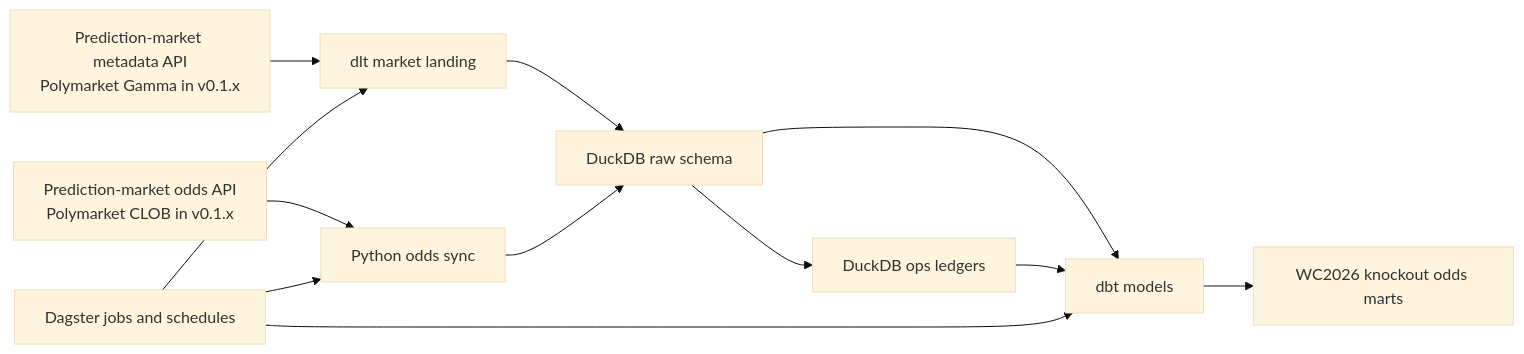
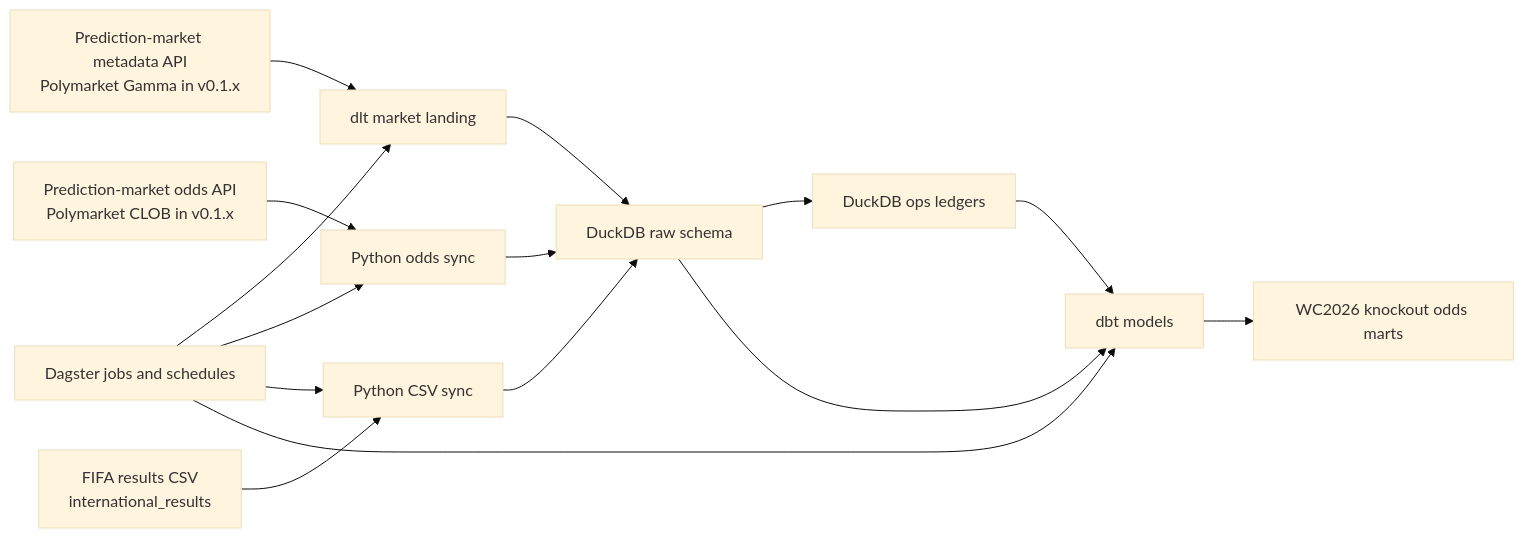
One commit to hypertrial/oddsfox-pipeline changed the first of 2 diagrams in docs/architecture.md. Above: the diagram before and after it, drawn with Mermaid (base theme). The commit also changed other lines of this file and 56 other files, not shown here.

````diff
--- a/docs/architecture.md
+++ b/docs/architecture.md
@@ -18,14 +19,17 @@
 ```mermaid
 flowchart LR
     gamma["Prediction-market metadata API<br/>Polymarket Gamma in v0.1.x"] --> dlt["dlt market landing"]
     clob["Prediction-market odds API<br/>Polymarket CLOB in v0.1.x"] --> odds["Python odds sync"]
+    results["FIFA results CSV<br/>international_results"] --> result_sync["Python CSV sync"]
     dlt --> raw["DuckDB raw schema"]
     odds --> raw
+    result_sync --> raw
     raw --> ops["DuckDB ops ledgers"]
     raw --> dbt["dbt models"]
     ops --> dbt
     dbt --> marts["WC2026 knockout odds marts"]
     dagster["Dagster jobs and schedules"] --> dlt
     dagster --> odds
+    dagster --> result_sync
     dagster --> dbt
 ```
````
